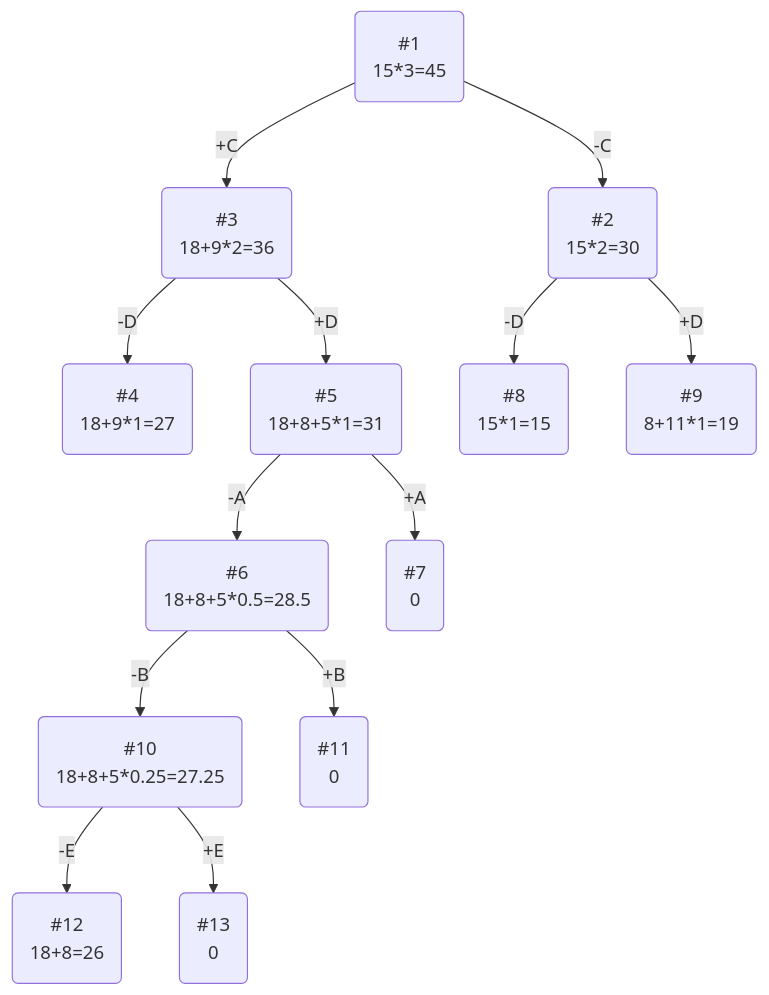
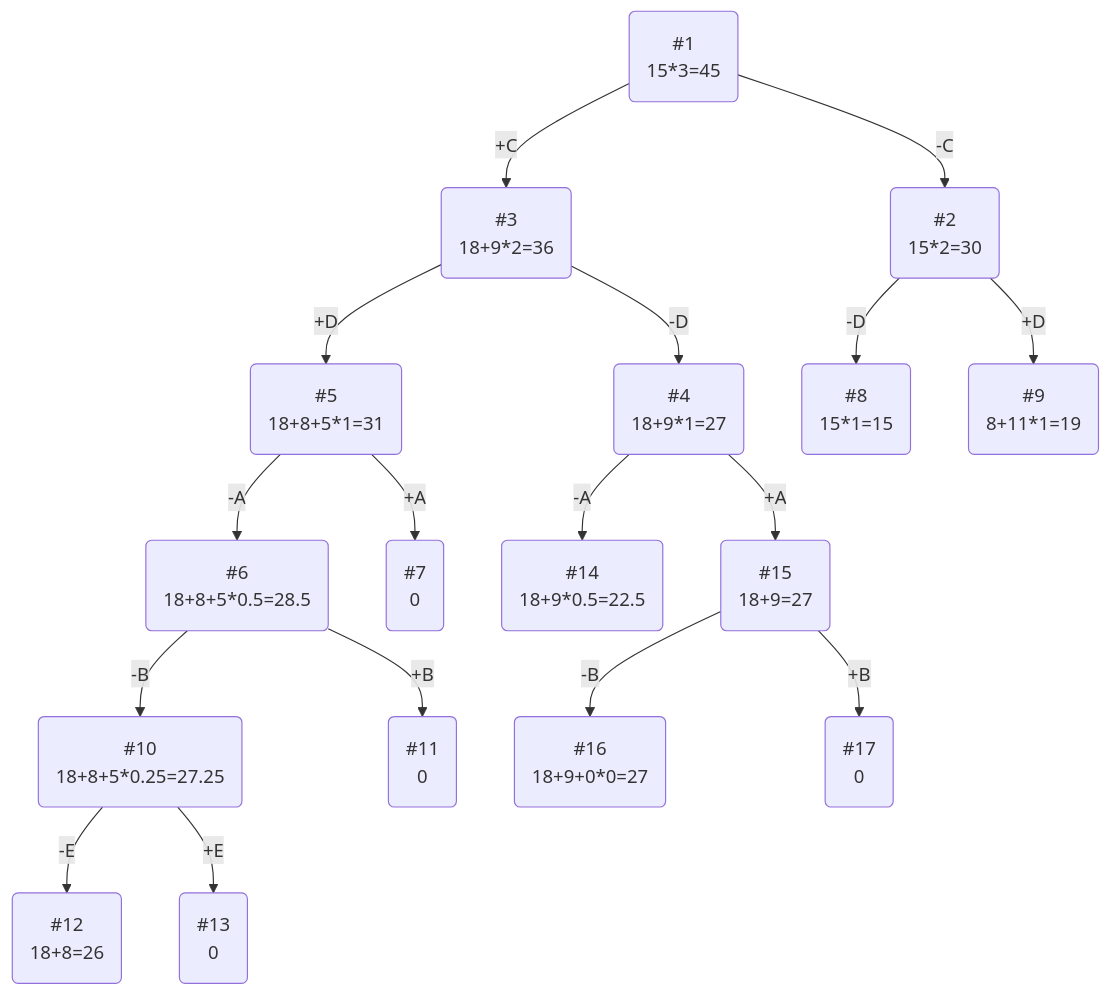
The diagram in task-11/winx.md (hse-algo-24-crow/manual-tasks-crow), drawn with Mermaid before and after one commit. The commit also changed other lines of this file, not shown here.

````diff
--- a/task-11/winx.md
+++ b/task-11/winx.md
@@ -37,15 +37,19 @@
 ```mermaid
 graph TB
     1(#1\n15*3=45)-->|-C|2(#2\n15*2=30)
     1-->|+C|3(#3\n18+9*2=36)
     3-->|-D|4(#4\n18+9*1=27)
     3-->|+D|5(#5\n18+8+5*1=31)
     5-->|-A|6(#6\n18+8+5*0.5=28.5)
     5-->|+A|7(#7\n0)
     2-->|-D|8(#8\n15*1=15)
     2-->|+D|9(#9\n8+11*1=19)
     6-->|-B|10(#10\n18+8+5*0.25=27.25)
     6-->|+B|11(#11\n0)
     10-->|-E|12(#12\n18+8=26)
     10-->|+E|13(#13\n0)
+    4-->|-A|14(#14\n18+9*0.5=22.5)
+    4-->|+A|15(#15\n18+9=27)
+    15-->|-B|16(#16\n18+9+0*0=27)
+    15-->|+B|17(#17\n0)
 ```
````
